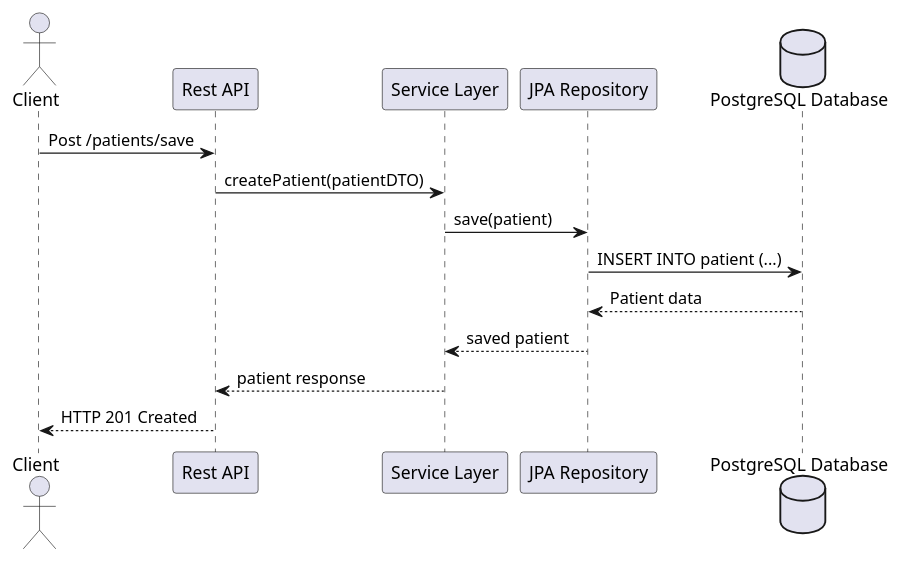
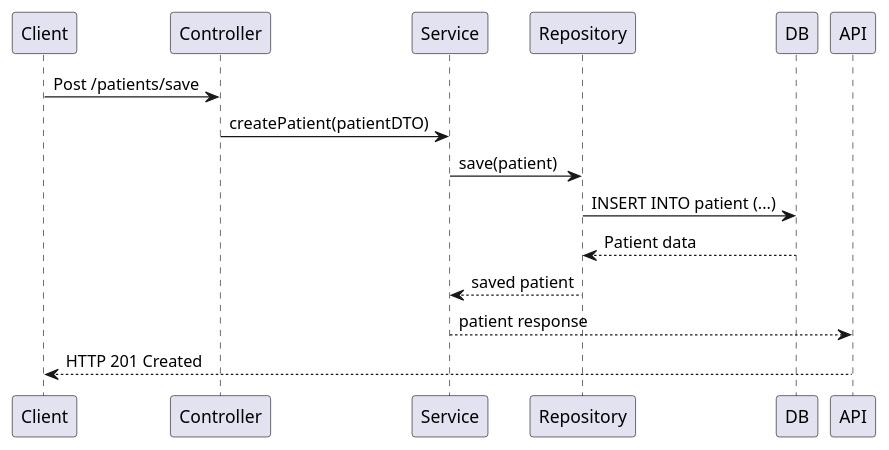
One commit to Caiza/clinical-alerts changed the diagram in README.md. Above: the diagram before and after it, drawn with PlantUML. The commit also changed other lines of this file and 3 other files, not shown here.

```diff
--- a/README.md
+++ b/README.md
@@ -78,19 +472,12 @@
-@startuml
-actor Client
-participant "Rest API" as API
-participant "Service Layer" as Service
-participant "JPA Repository" as Repository
-database "PostgreSQL Database" as DB
+@startuml actor Client participant "Rest API" as Controller participant "Service Layer" as Service participant "JPA Repository" as Repository database "PostgreSQL Database" as DB
 
-Client -> API : Post /patients/save
-API -> Service : createPatient(patientDTO)
-Service -> Repository : save(patient)
-Repository -> DB : INSERT INTO patient (...)
-DB --> Repository : Patient data
-Repository --> Service : saved patient
-Service --> API : patient response
+Client -> Controller : Post /patients/save 
+Controller -> Service : createPatient(patientDTO) 
+Service -> Repository : save(patient) 
+Repository -> DB : INSERT INTO patient (...) 
+DB --> Repository : Patient data 
+Repository --> Service : saved patient 
+Service --> API : patient response 
 API --> Client : HTTP 201 Created
 
-
-
 @enduml
```
